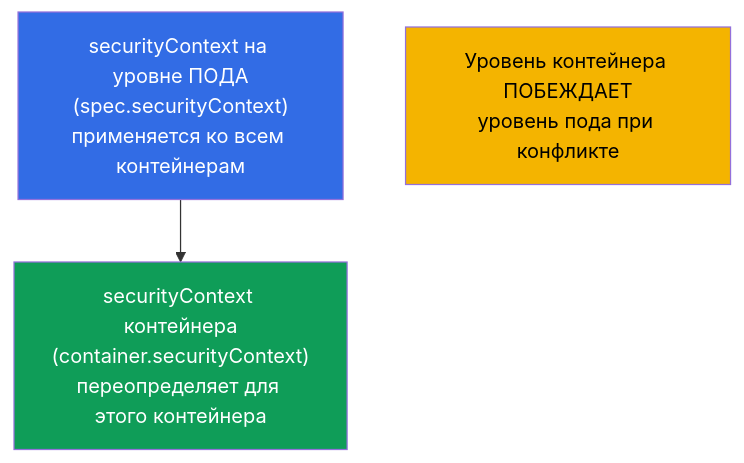
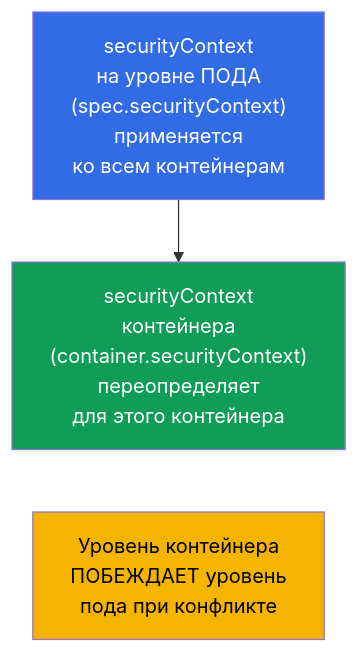
The second of 5 diagrams in tasks/cka/course/20/ru.md (ViktorUJ/cks), drawn with Mermaid before and after one commit. The commit also changed other lines of this file, not shown here.

````diff
--- a/tasks/cka/course/20/ru.md
+++ b/tasks/cka/course/20/ru.md
@@ -31,10 +31,11 @@
 ```mermaid
 flowchart TB
-    pod["securityContext на уровне ПОДА<br>(spec.securityContext)<br>применяется ко всем контейнерам"]
-    c1["securityContext контейнера<br>(container.securityContext)<br>переопределяет для этого контейнера"]
+    pod["securityContext<br>на уровне ПОДА<br>(spec.securityContext)<br>применяется<br>ко всем контейнерам"]
+    c1["securityContext<br>контейнера<br>(container.securityContext)<br>переопределяет<br>для этого контейнера"]
     pod --> c1
-    note["Уровень контейнера ПОБЕЖДАЕТ<br>уровень пода при конфликте"]
+    c1 ~~~ note
+    note["Уровень контейнера<br>ПОБЕЖДАЕТ уровень<br>пода при конфликте"]
     style pod fill:#326ce5,color:#fff
     style c1 fill:#0f9d58,color:#fff
     style note fill:#f4b400,color:#000
 ```
````
